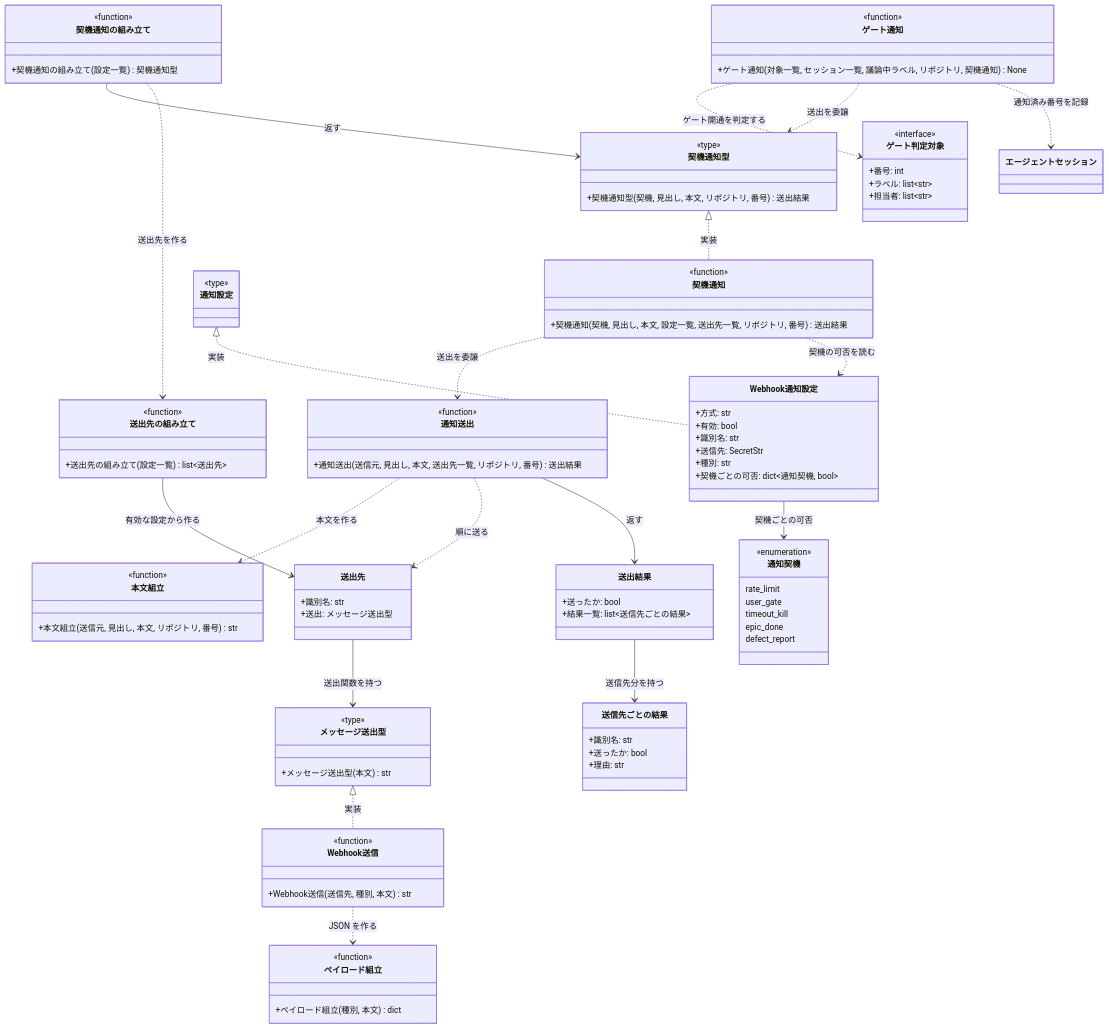
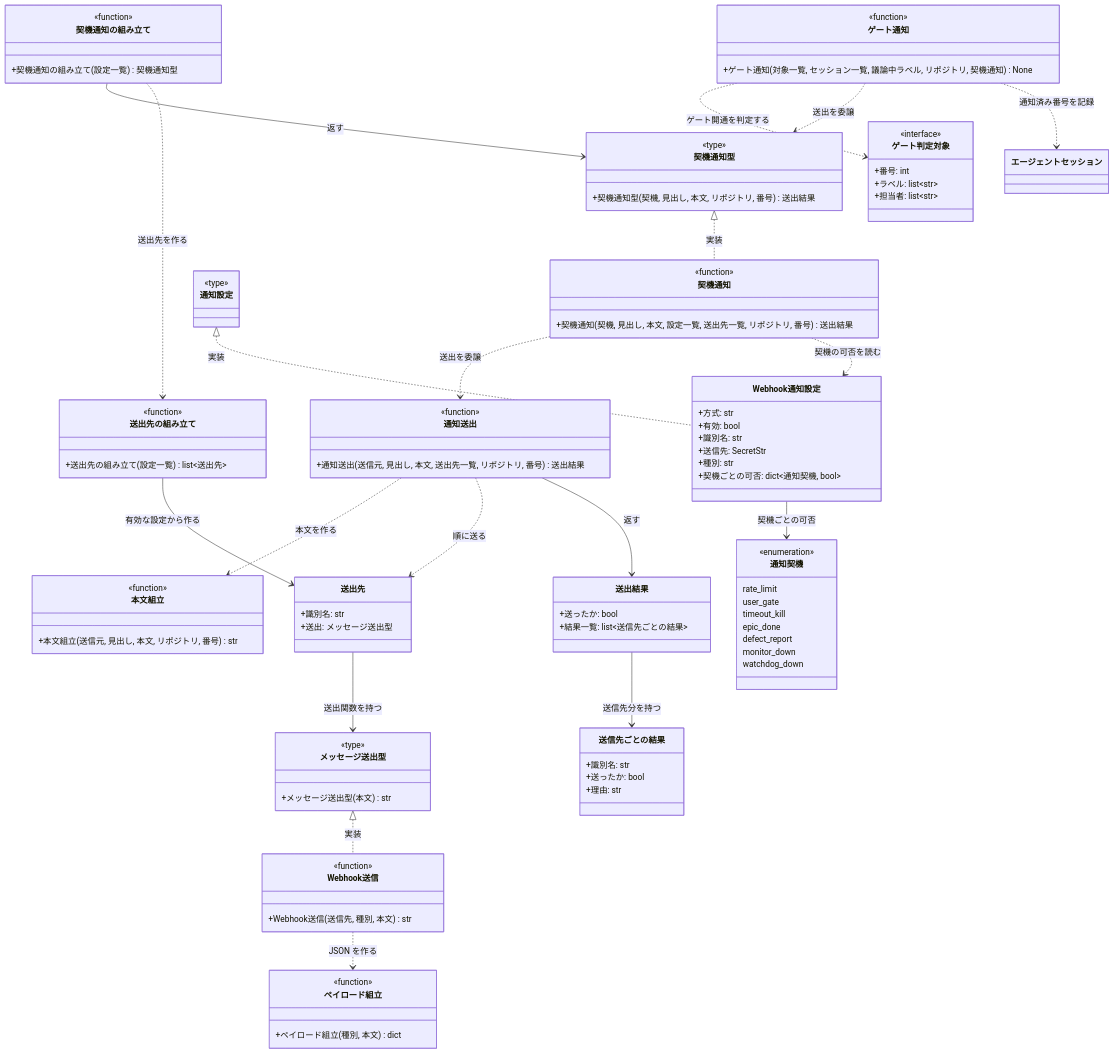
Before and after one commit to shuhei1101/ai-monitor: the diagram in docs/wiki/設計図/モジュール構成/モニター/通知.py.md, drawn with Mermaid. The commit also changed other lines of this file and 75 other files, not shown here.

```diff
--- a/docs/wiki/設計図/モジュール構成/モニター/通知.py.md
+++ b/docs/wiki/設計図/モジュール構成/モニター/通知.py.md
@@ -149,6 +151,8 @@
     timeout_kill
     epic_done
     defect_report
+    monitor_down
+    watchdog_down
   }
 
   class ゲート通知 {
```
